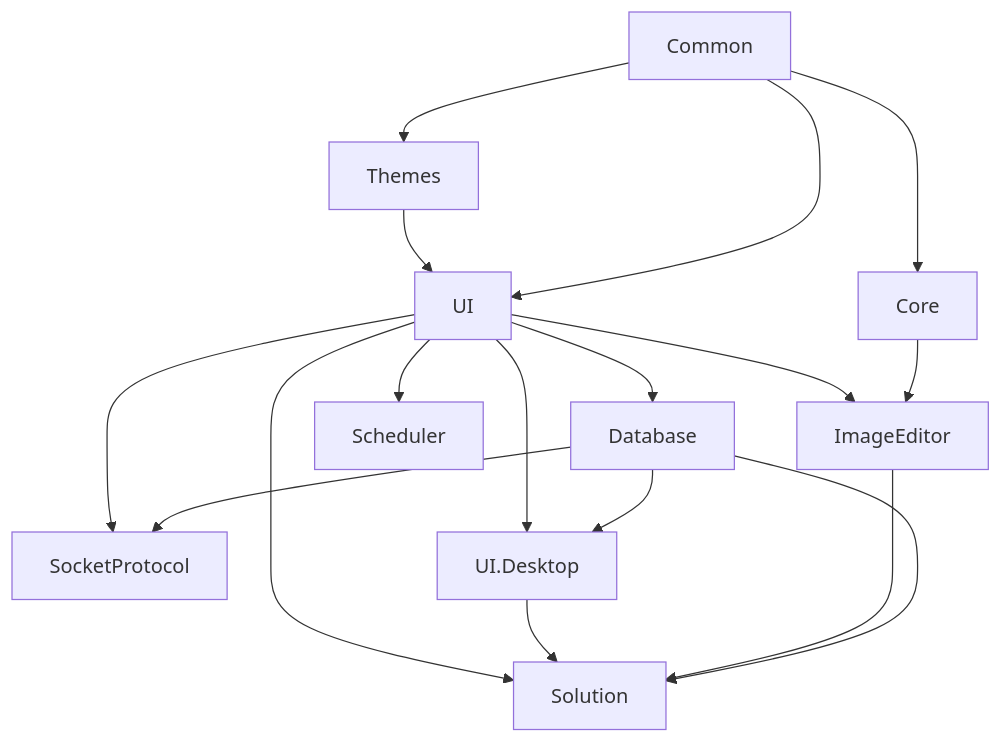
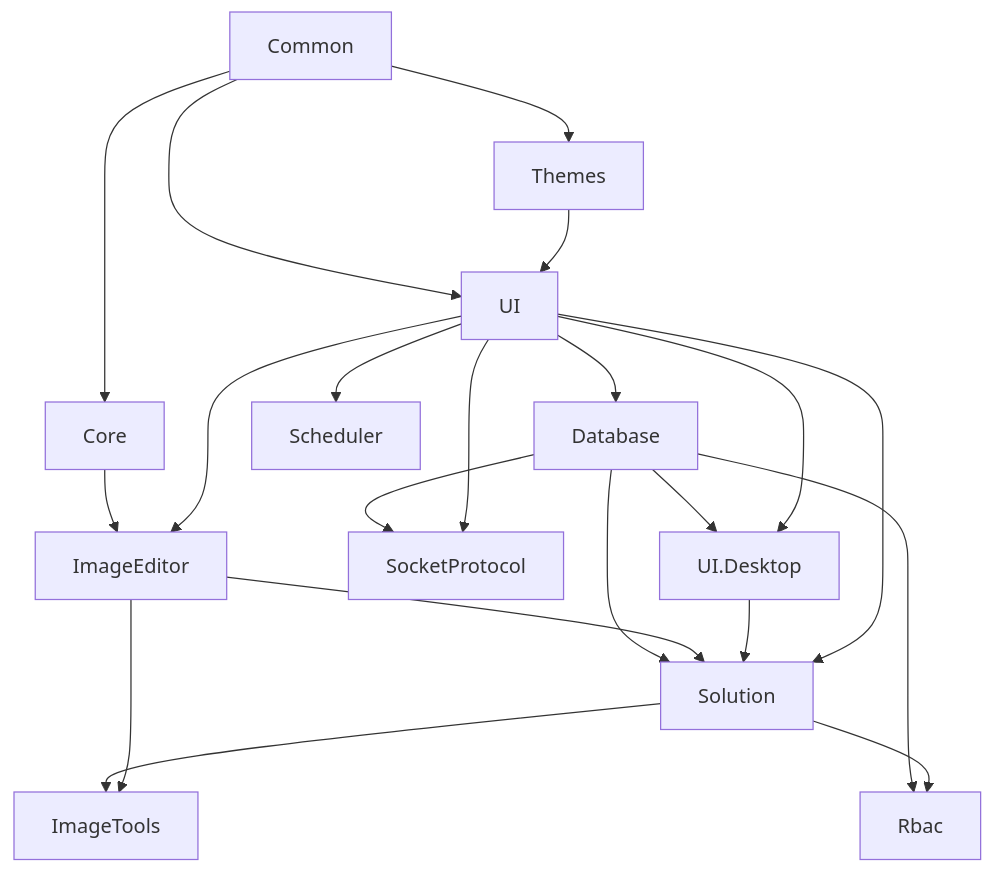
Before and after one commit to xincheng213618/scgd_general_wpf: the diagram in docs/04-api-reference/ui-components/component-handbook.md, drawn with Mermaid. The commit also changed other lines of this file and 67 other files, not shown here.

````diff
--- a/docs/04-api-reference/ui-components/component-handbook.md
+++ b/docs/04-api-reference/ui-components/component-handbook.md
@@ -39,19 +43,23 @@
 ```mermaid
 flowchart TD
   Common["Common"] --> Themes["Themes"]
   Common --> UI["UI"]
   Themes --> UI
   Common --> Core["Core"]
   Core --> ImageEditor["ImageEditor"]
   UI --> ImageEditor
   UI --> Database["Database"]
   Database --> Socket["SocketProtocol"]
   UI --> Socket
   UI --> Scheduler["Scheduler"]
   Database --> UIDesktop["UI.Desktop"]
   UI --> UIDesktop
   Database --> Solution["Solution"]
   ImageEditor --> Solution
   UIDesktop --> Solution
   UI --> Solution
+  Solution --> ImageTools["ImageTools"]
+  ImageEditor --> ImageTools
+  Database --> Rbac["Rbac"]
+  Solution --> Rbac
 ```
````
